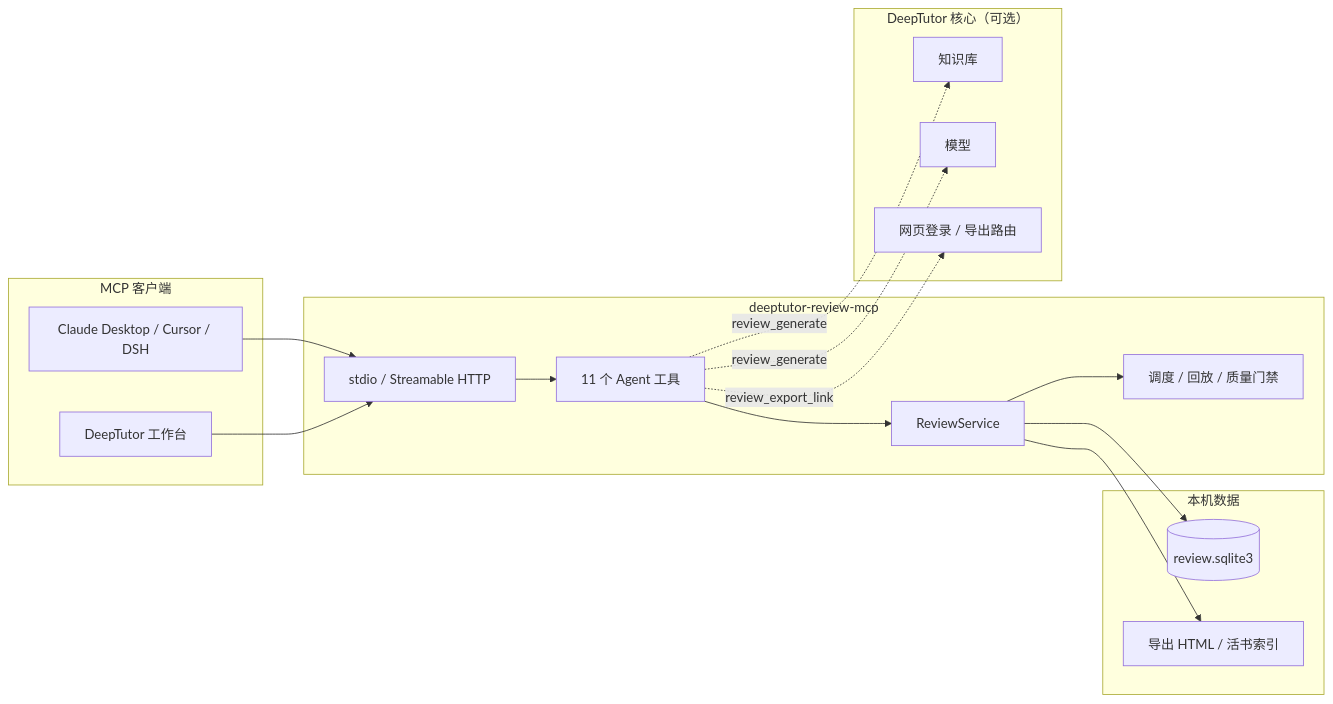
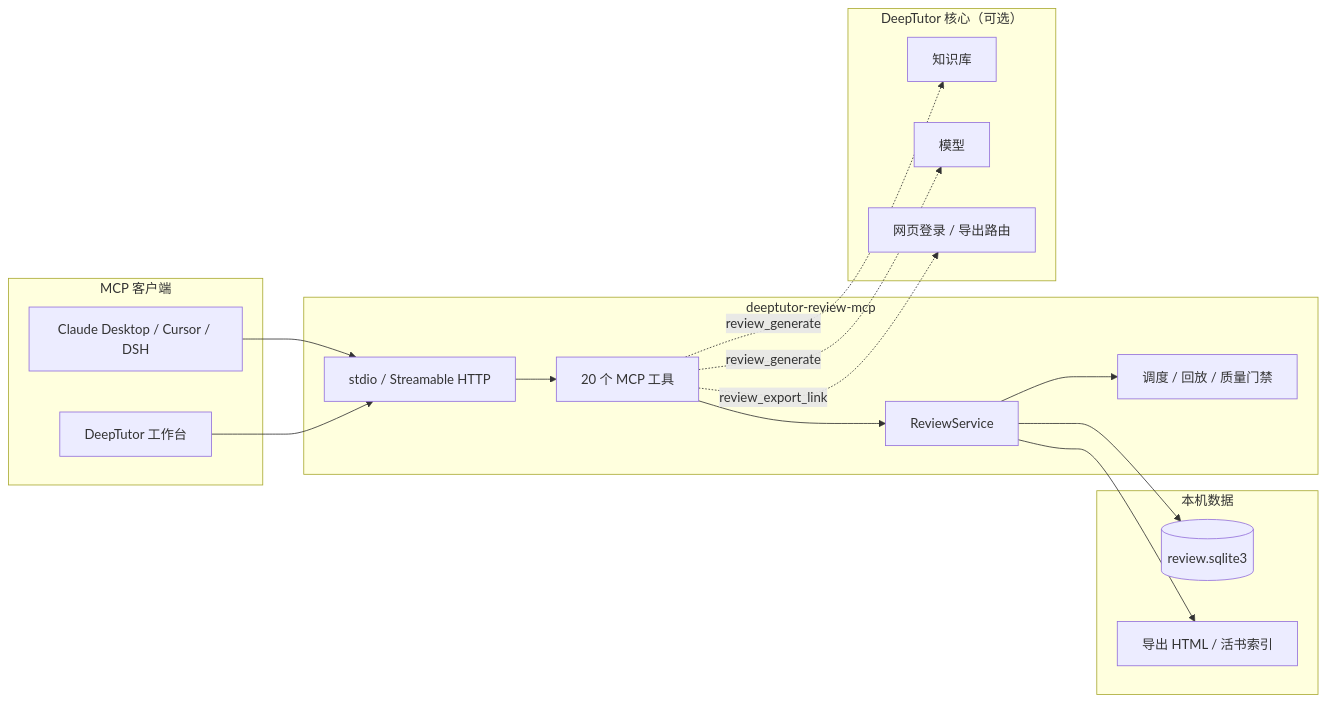
Before and after one commit to zkw90274-dot/deeptutor-review-mcp: the first of 2 diagrams in README.md, drawn with Mermaid. The commit also changed other lines of this file and 50 other files, not shown here.

````diff
--- a/README.md
+++ b/README.md
@@ -50,35 +50,35 @@
 ```mermaid
 flowchart LR
     subgraph clients["MCP 客户端"]
         C1["Claude Desktop / Cursor / DSH"]
         C2["DeepTutor 工作台"]
     end
 
     subgraph server["deeptutor-review-mcp"]
         T["stdio / Streamable HTTP"]
-        A["11 个 Agent 工具"]
+        A["20 个 MCP 工具"]
         S["ReviewService"]
         R["调度 / 回放 / 质量门禁"]
     end
 
     subgraph data["本机数据"]
         DB[("review.sqlite3")]
         EX["导出 HTML / 活书索引"]
     end
 
     subgraph core["DeepTutor 核心（可选）"]
         KB["知识库"]
         LLM["模型"]
         WEB["网页登录 / 导出路由"]
     end
 
     C1 --> T
     C2 --> T
     T --> A --> S
     S --> R
     S --> DB
     S --> EX
     A -.->|review_generate| KB
     A -.->|review_generate| LLM
     A -.->|review_export_link| WEB
 ```
````
